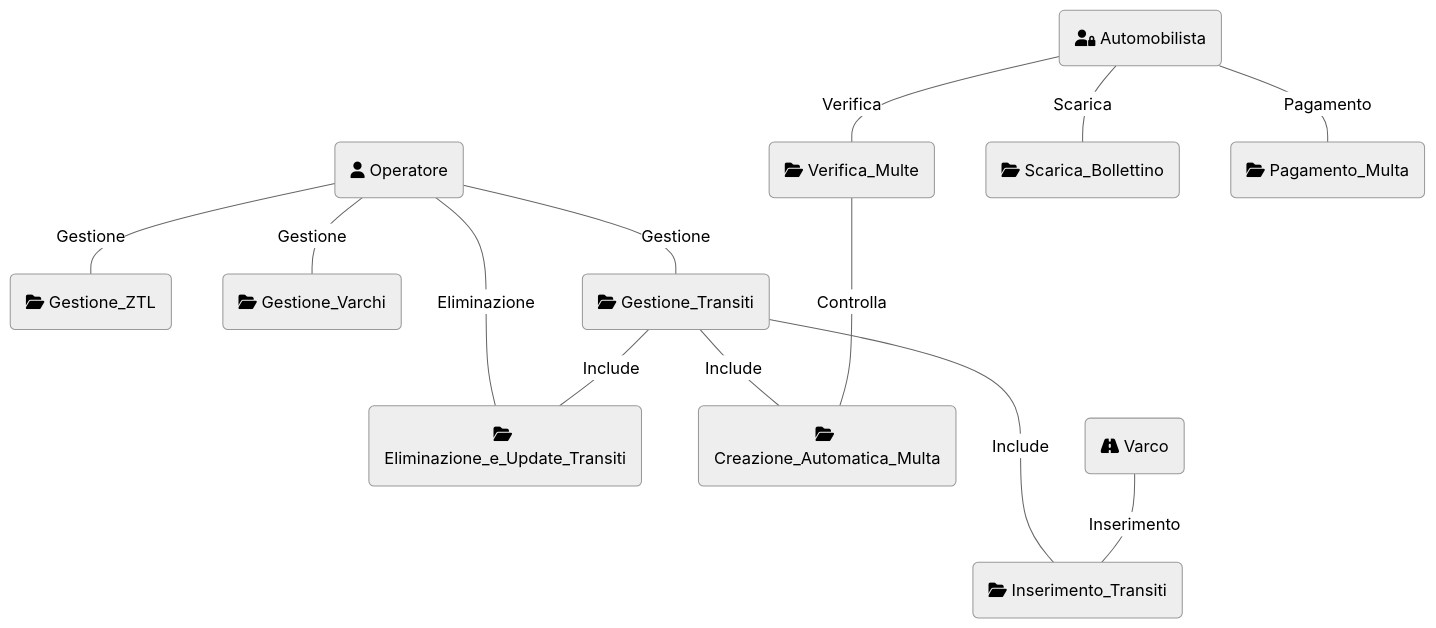
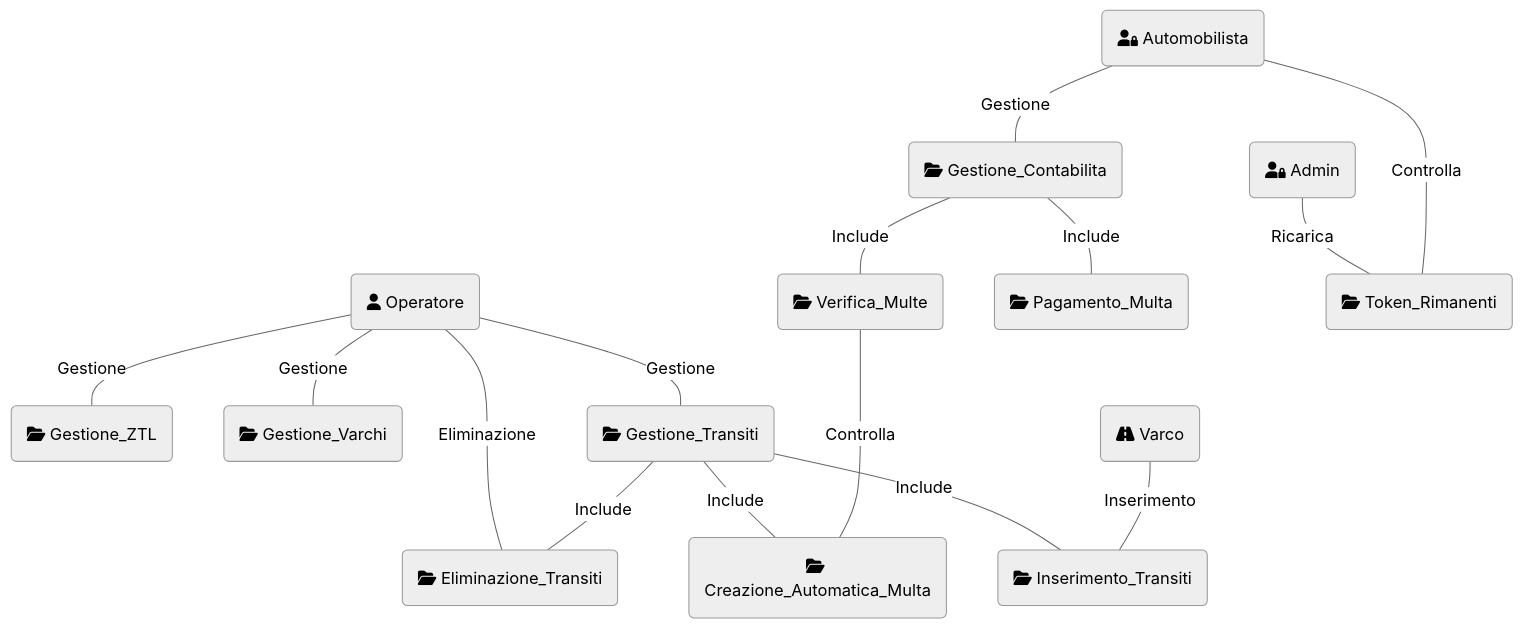
One commit to Arianna6400/Adv_Prog changed the second of 12 diagrams in README.md. Above: the diagram before and after it, drawn with Mermaid (neutral theme). The commit also changed other lines of this file, not shown here.

Commit message:
Aggiunte scelte implementative, corretto diagramma dei casi d'uso

````diff
--- a/README.md
+++ b/README.md
@@ -123,18 +123,22 @@
 ```mermaid
 graph TD
     Operatore(fa:fa-user Operatore) ---|Gestione| GestioneZTL(fa:fa-folder-open Gestione_ZTL)
     Operatore ---|Gestione| GestioneVarchi(fa:fa-folder-open Gestione_Varchi)
     Operatore ---|Gestione| GestioneTransiti(fa:fa-folder-open Gestione_Transiti)
     Operatore ---|Eliminazione| EliminazioneTransiti(fa:fa-folder-open Eliminazione_e_Update_Transiti)
 
-    GestioneTransiti ----|Include| InserimentoTransiti(fa:fa-folder-open Inserimento_Transiti)
-    GestioneTransiti ---|Include| EliminazioneTransiti
+    GestioneTransiti ---|Include| InserimentoTransiti(fa:fa-folder-open Inserimento_Transiti)
+    GestioneTransiti ---|Include| EliminazioneTransiti(fa:fa-folder-open Eliminazione_Transiti)
     GestioneTransiti ---|Include| CreazioneAutomaticaMulta(fa:fa-folder-open Creazione_Automatica_Multa)
+
+    VerificaMulte ----|Controlla| CreazioneAutomaticaMulta
     Varco(fa:fa-road Varco) ---|Inserimento| InserimentoTransiti
 
-    Automobilista(fa:fa-user-lock Automobilista) ---|Verifica| VerificaMulte(fa:fa-folder-open Verifica_Multe)
-    Automobilista ---|Scarica| ScaricaBollettino(fa:fa-folder-open Scarica_Bollettino)
-    Automobilista ---|Pagamento| PagamentoMulta(fa:fa-folder-open Pagamento_Multa)
+    Automobilista(fa:fa-user-lock Automobilista) ---|Gestione| GestioneContabilita(fa:fa-folder-open Gestione_Contabilita)
 
-    VerificaMulte ----|Controlla| CreazioneAutomaticaMulta
+    GestioneContabilita(fa:fa-folder-open Gestione_Contabilita) ---|Include| VerificaMulte(fa:fa-folder-open Verifica_Multe)
+    GestioneContabilita ---|Include| PagamentoMulta(fa:fa-folder-open Pagamento_Multa)
+
+    Admin(fa:fa-user-lock Admin) ---|Ricarica| TokenRimanenti(fa:fa-folder-open Token_Rimanenti)
+    Automobilista ----|Controlla| TokenRimanenti
 ```
````
